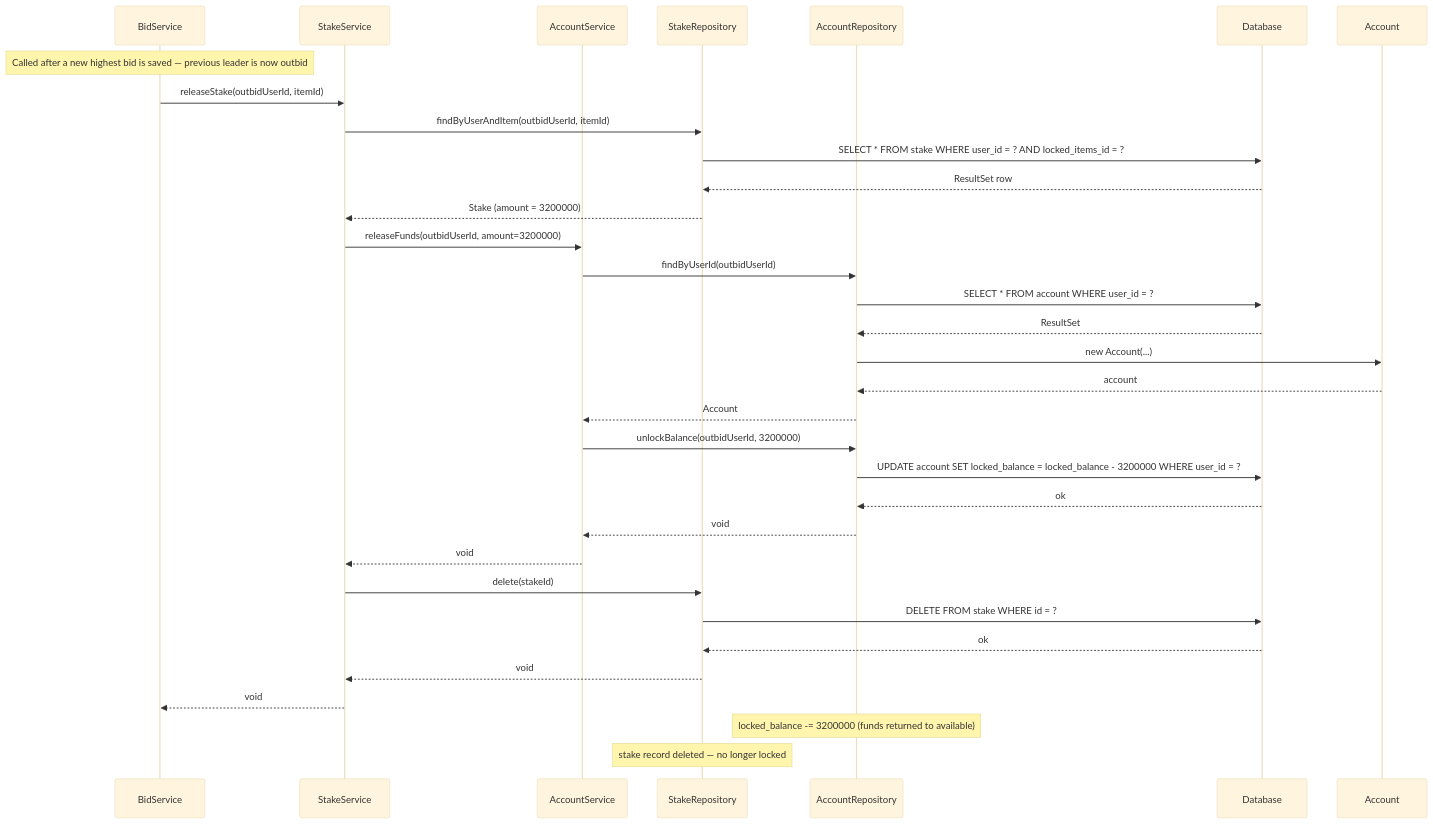
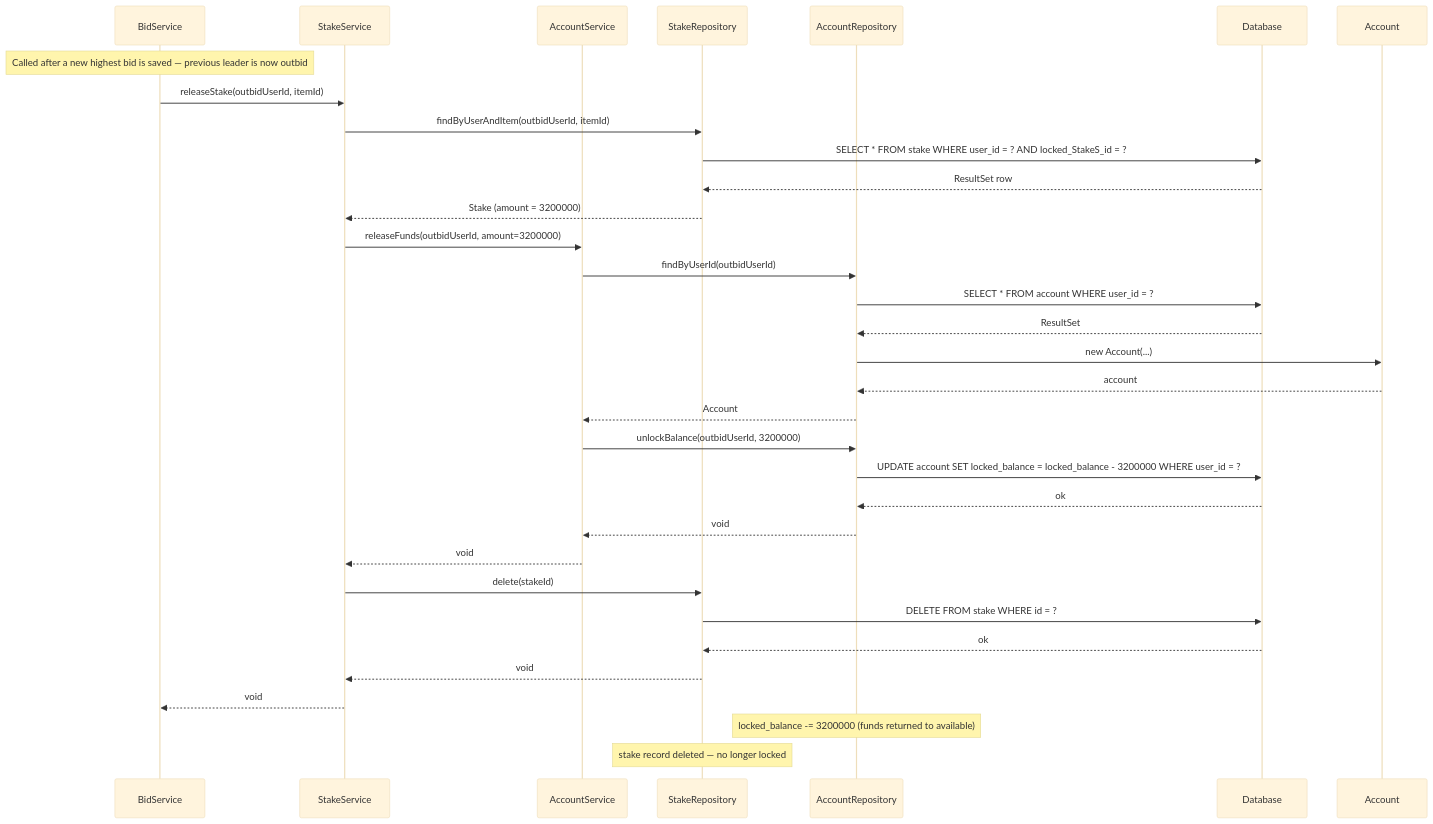
Diagram 12 of 16 in docs/SEQUENCE_DIAGRAMS.md (dung581/HeThongDauGia), drawn with Mermaid (base theme) before and after one commit. The commit also changed other lines of this file and 26 other files, not shown here.

````diff
--- a/docs/SEQUENCE_DIAGRAMS.md
+++ b/docs/SEQUENCE_DIAGRAMS.md
@@ -670,43 +670,43 @@
 ```mermaid
 sequenceDiagram
     participant BidSvc as BidService
     participant StakeSvc as StakeService
     participant AccSvc as AccountService
     participant StakeRepo as StakeRepository
     participant AccRepo as AccountRepository
     participant DB as Database
     participant AccEntity as Account
 
     Note over BidSvc: Called after a new highest bid is saved — previous leader is now outbid
 
     BidSvc->>StakeSvc: releaseStake(outbidUserId, itemId)
 
     StakeSvc->>StakeRepo: findByUserAndItem(outbidUserId, itemId)
-    StakeRepo->>DB: SELECT * FROM stake WHERE user_id = ? AND locked_items_id = ?
+    StakeRepo->>DB: SELECT * FROM stake WHERE user_id = ? AND locked_StakeS_id = ?
     DB-->>StakeRepo: ResultSet row
     StakeRepo-->>StakeSvc: Stake (amount = 3200000)
 
     StakeSvc->>AccSvc: releaseFunds(outbidUserId, amount=3200000)
     AccSvc->>AccRepo: findByUserId(outbidUserId)
     AccRepo->>DB: SELECT * FROM account WHERE user_id = ?
     DB-->>AccRepo: ResultSet
     AccRepo->>AccEntity: new Account(...)
     AccEntity-->>AccRepo: account
     AccRepo-->>AccSvc: Account
 
     AccSvc->>AccRepo: unlockBalance(outbidUserId, 3200000)
     AccRepo->>DB: UPDATE account SET locked_balance = locked_balance - 3200000 WHERE user_id = ?
     DB-->>AccRepo: ok
     AccRepo-->>AccSvc: void
     AccSvc-->>StakeSvc: void
 
     StakeSvc->>StakeRepo: delete(stakeId)
     StakeRepo->>DB: DELETE FROM stake WHERE id = ?
     DB-->>StakeRepo: ok
     StakeRepo-->>StakeSvc: void
 
     StakeSvc-->>BidSvc: void
 
     Note over AccRepo: locked_balance -= 3200000 (funds returned to available)
     Note over StakeRepo: stake record deleted — no longer locked
 ```
````
